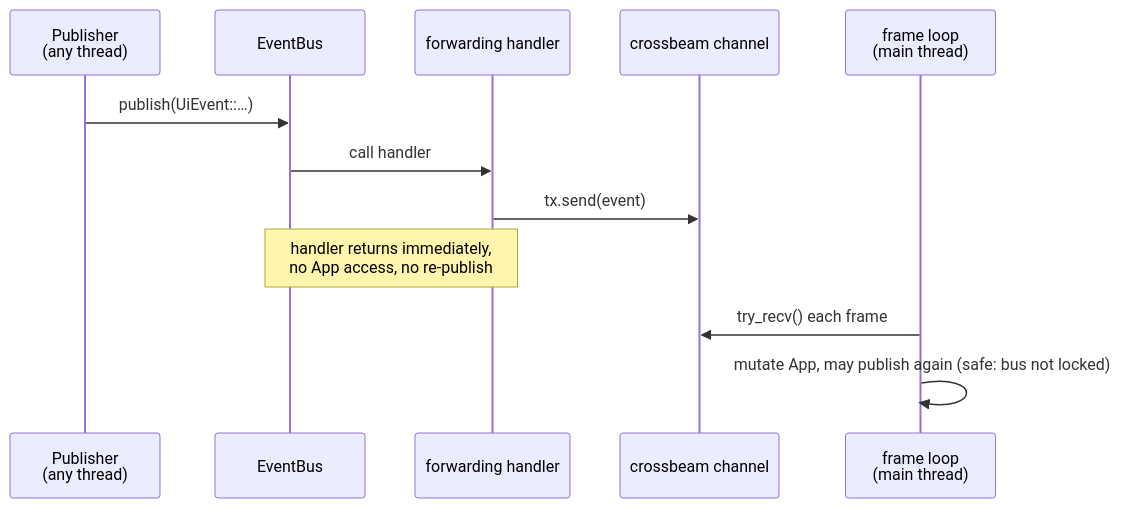
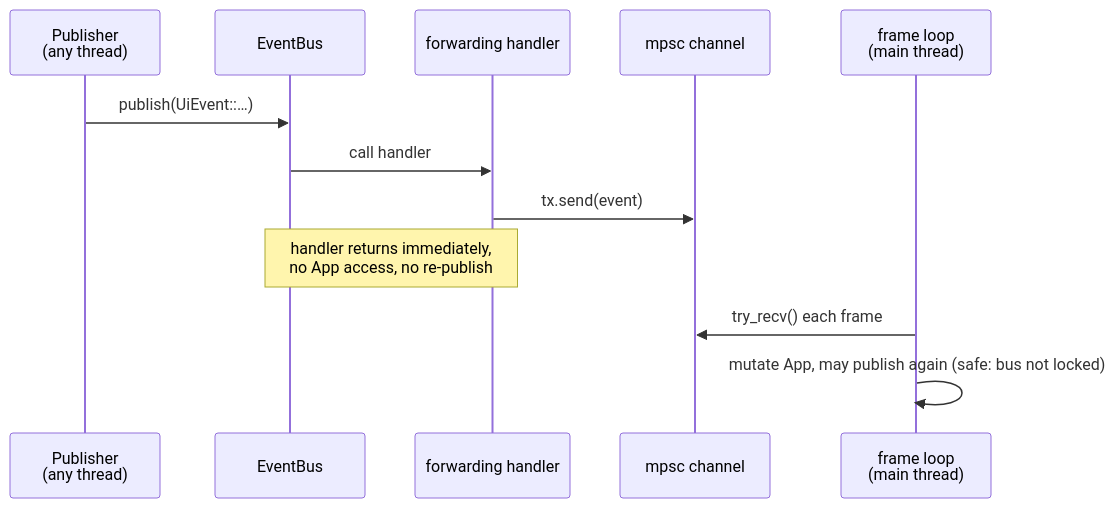
Before and after one commit to WrackedFella/moho: the second of 2 diagrams in wiki/architecture/events.md, drawn with Mermaid. The commit also changed other lines of this file and 1 other file, not shown here.

Commit message:
docs(wiki): event channels are std::sync::mpsc (ENG-F2-06)
Refs #99

Claude-Session: https://claude.ai/code/session_018D4EmGTNpip5xqYmECJYpm

````diff
--- a/wiki/architecture/events.md
+++ b/wiki/architecture/events.md
@@ -40,14 +40,14 @@
 ```mermaid
 sequenceDiagram
     participant P as Publisher<br/>(any thread)
     participant B as EventBus
     participant F as forwarding handler
-    participant C as crossbeam channel
+    participant C as mpsc channel
     participant L as frame loop<br/>(main thread)
     P->>B: publish(UiEvent::…)
     B->>F: call handler
     F->>C: tx.send(event)
     Note over B,F: handler returns immediately,<br/>no App access, no re-publish
     L->>C: try_recv() each frame
     L->>L: mutate App, may publish again (safe: bus not locked)
 ```
````
